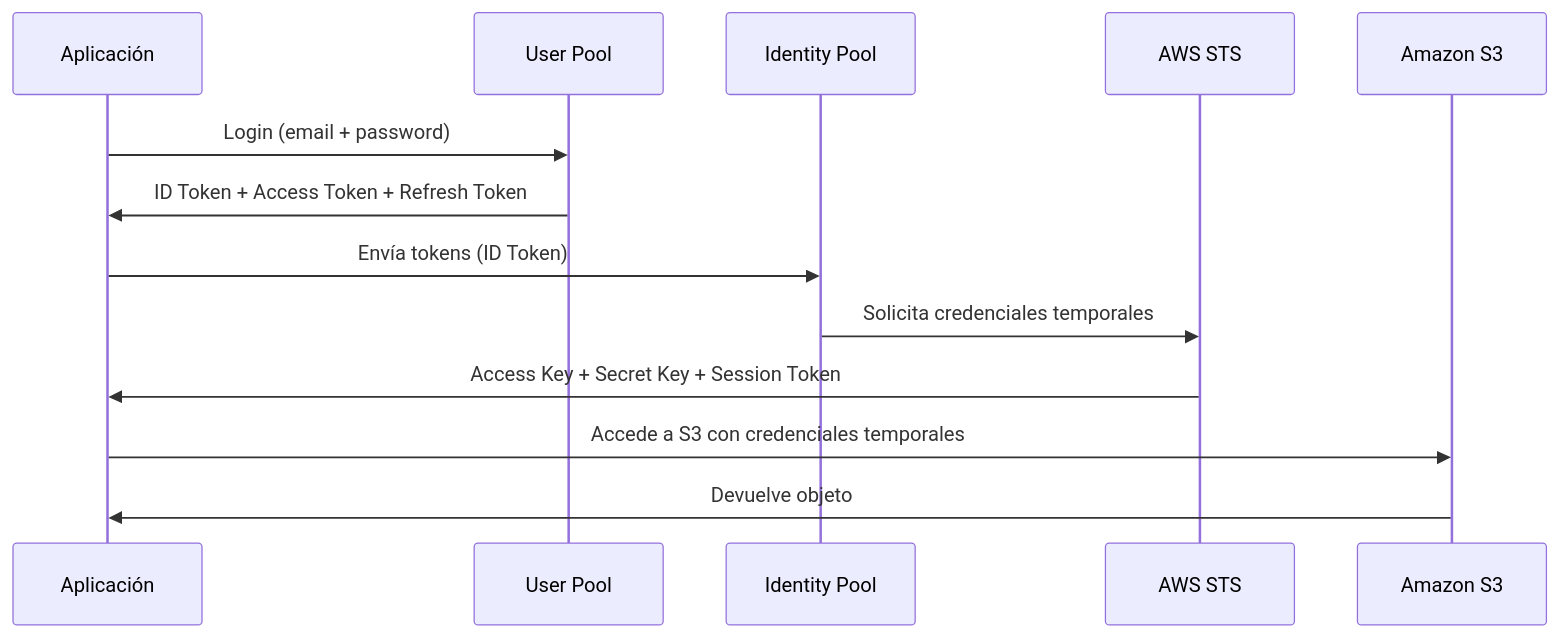
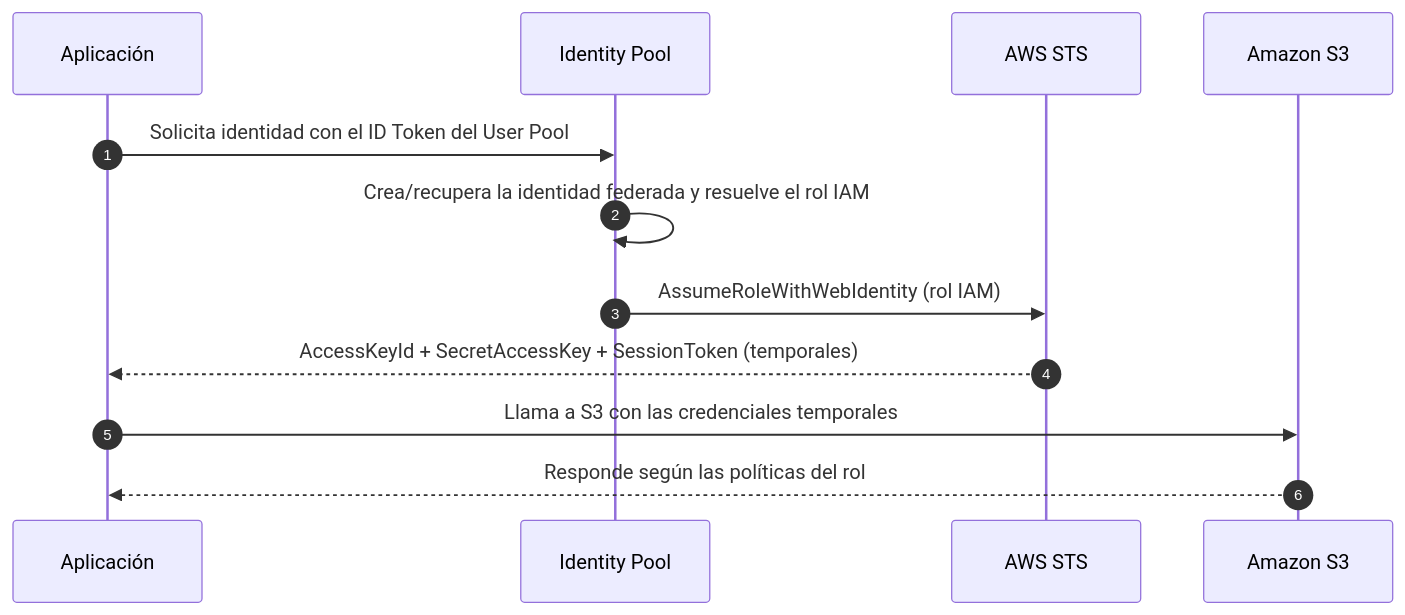
One commit to sotoflore/Guias-y-Apuntes-Programacion changed the eighth of 14 diagrams in docs/guide/aws/security/cognito.md. Above: the diagram before and after it, drawn with Mermaid. The commit also changed other lines of this file and 128 other files, not shown here.

````diff
--- a/docs/guide/aws/security/cognito.md
+++ b/docs/guide/aws/security/cognito.md
@@ -160,16 +373,15 @@
 ```mermaid
 sequenceDiagram
+    autonumber
     participant App as Aplicación
-    participant UP as User Pool
     participant IP as Identity Pool
     participant STS as AWS STS
     participant S3 as Amazon S3
-    
-    App->>UP: Login (email + password)
-    UP->>App: ID Token + Access Token + Refresh Token
-    App->>IP: Envía tokens (ID Token)
-    IP->>STS: Solicita credenciales temporales
-    STS->>App: Access Key + Secret Key + Session Token
-    App->>S3: Accede a S3 con credenciales temporales
-    S3->>App: Devuelve objeto
+
+    App->>IP: Solicita identidad con el ID Token del User Pool
+    IP->>IP: Crea/recupera la identidad federada y resuelve el rol IAM
+    IP->>STS: AssumeRoleWithWebIdentity (rol IAM)
+    STS-->>App: AccessKeyId + SecretAccessKey + SessionToken (temporales)
+    App->>S3: Llama a S3 con las credenciales temporales
+    S3-->>App: Responde según las políticas del rol
 ```
````
